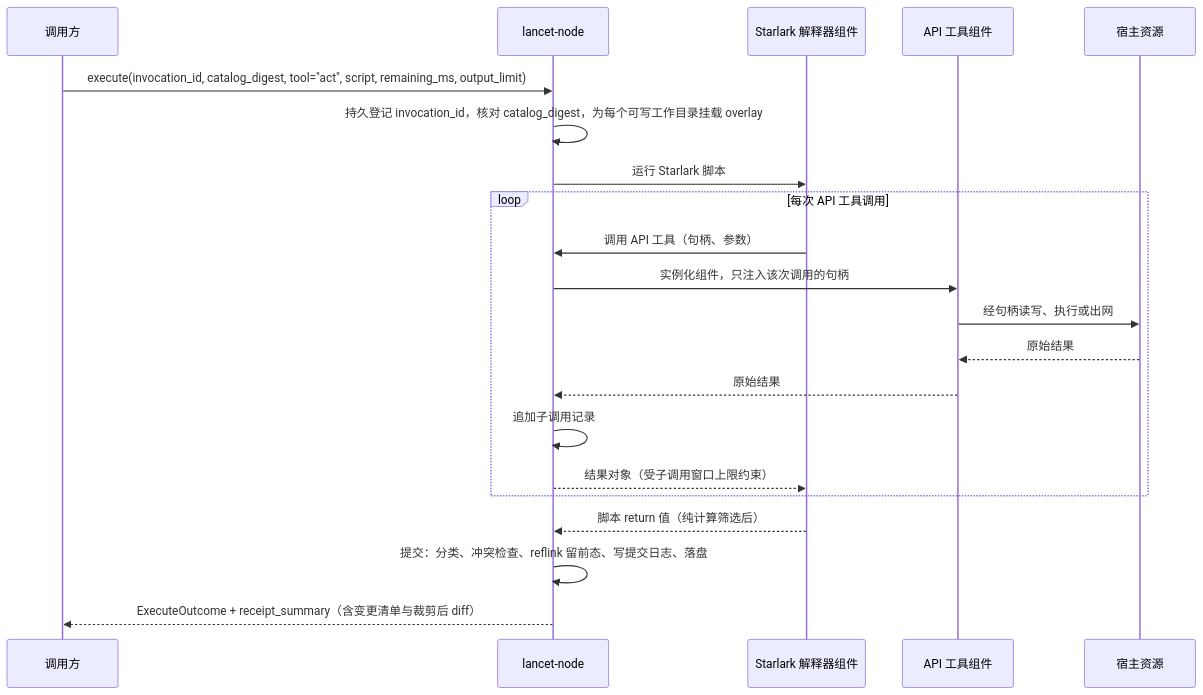
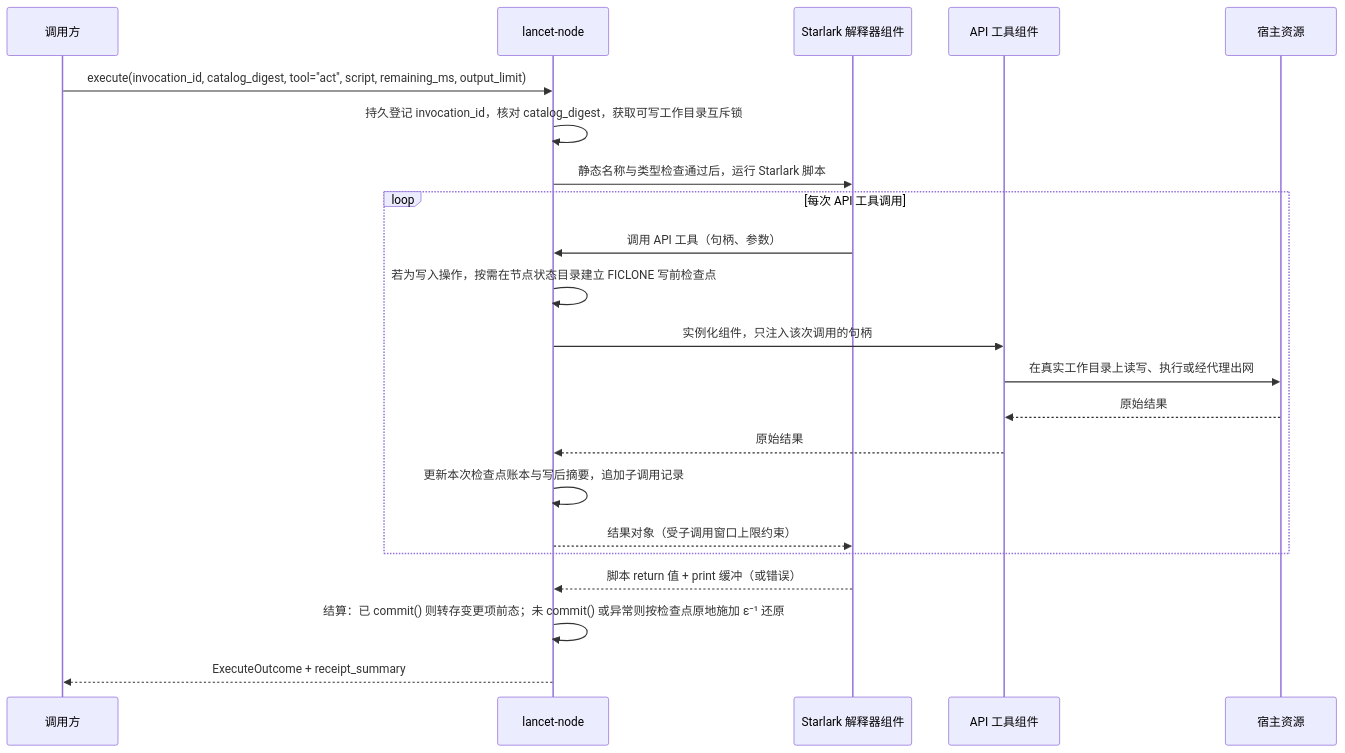
One commit to Skyline10124/lancet changed the diagram in docs/adr/0002-lancet-node-api-tools-and-act.md. Above: the diagram before and after it, drawn with Mermaid. The commit also changed other lines of this file, not shown here.

Commit message:
docs(adr): 定稿 ADR 0002 写前 FICLONE 检查点、显式 commit 与 Starlark 静态检查

````diff
--- a/docs/adr/0002-lancet-node-api-tools-and-act.md
+++ b/docs/adr/0002-lancet-node-api-tools-and-act.md
@@ -213,23 +218,24 @@
 ```mermaid
 sequenceDiagram
     participant C as 调用方
     participant N as lancet-node
     participant I as Starlark 解释器组件
     participant T as API 工具组件
     participant R as 宿主资源
     C->>N: execute(invocation_id, catalog_digest, tool="act", script, remaining_ms, output_limit)
-    N->>N: 持久登记 invocation_id，核对 catalog_digest，为每个可写工作目录挂载 overlay
-    N->>I: 运行 Starlark 脚本
+    N->>N: 持久登记 invocation_id，核对 catalog_digest，获取可写工作目录互斥锁
+    N->>I: 静态名称与类型检查通过后，运行 Starlark 脚本
     loop 每次 API 工具调用
         I->>N: 调用 API 工具（句柄、参数）
+        N->>N: 若为写入操作，按需在节点状态目录建立 FICLONE 写前检查点
         N->>T: 实例化组件，只注入该次调用的句柄
-        T->>R: 经句柄读写、执行或出网
+        T->>R: 在真实工作目录上读写、执行或经代理出网
         R-->>T: 原始结果
         T-->>N: 原始结果
-        N->>N: 追加子调用记录
+        N->>N: 更新本次检查点账本与写后摘要，追加子调用记录
         N-->>I: 结果对象（受子调用窗口上限约束）
     end
-    I-->>N: 脚本 return 值（纯计算筛选后）
-    N->>N: 提交：分类、冲突检查、reflink 留前态、写提交日志、落盘
-    N-->>C: ExecuteOutcome + receipt_summary（含变更清单与裁剪后 diff）
+    I-->>N: 脚本 return 值 + print 缓冲（或错误）
+    N->>N: 结算：已 commit() 则转存变更项前态；未 commit() 或异常则按检查点原地施加 ε⁻¹ 还原
+    N-->>C: ExecuteOutcome + receipt_summary
 ```
````
